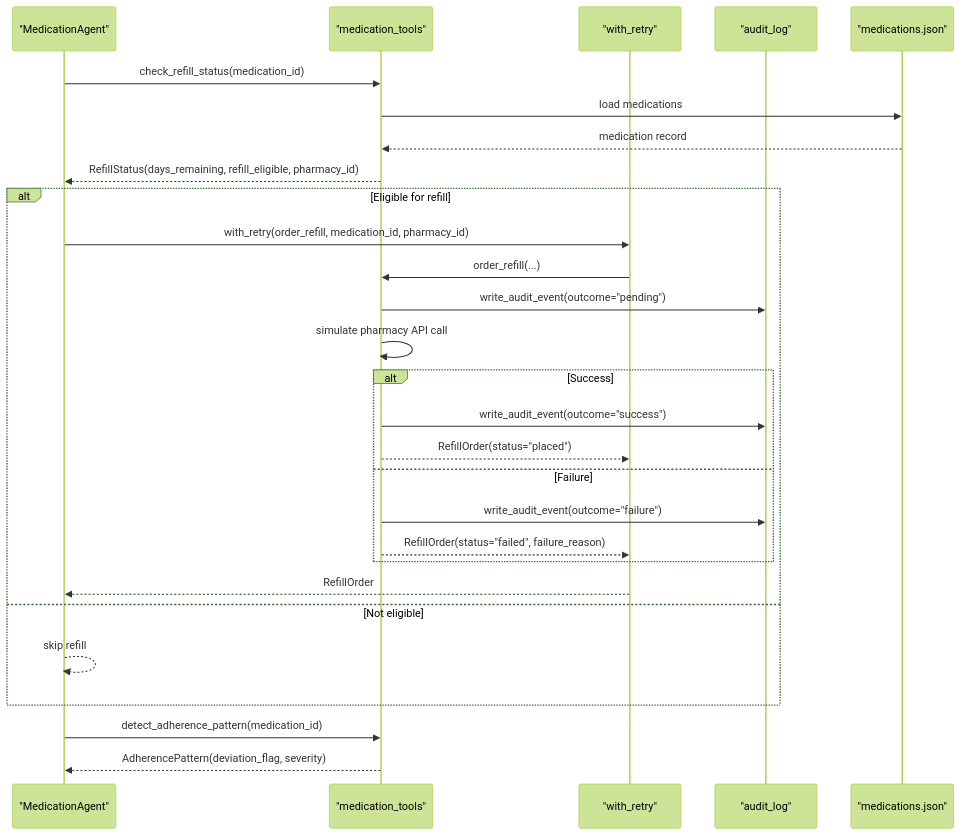
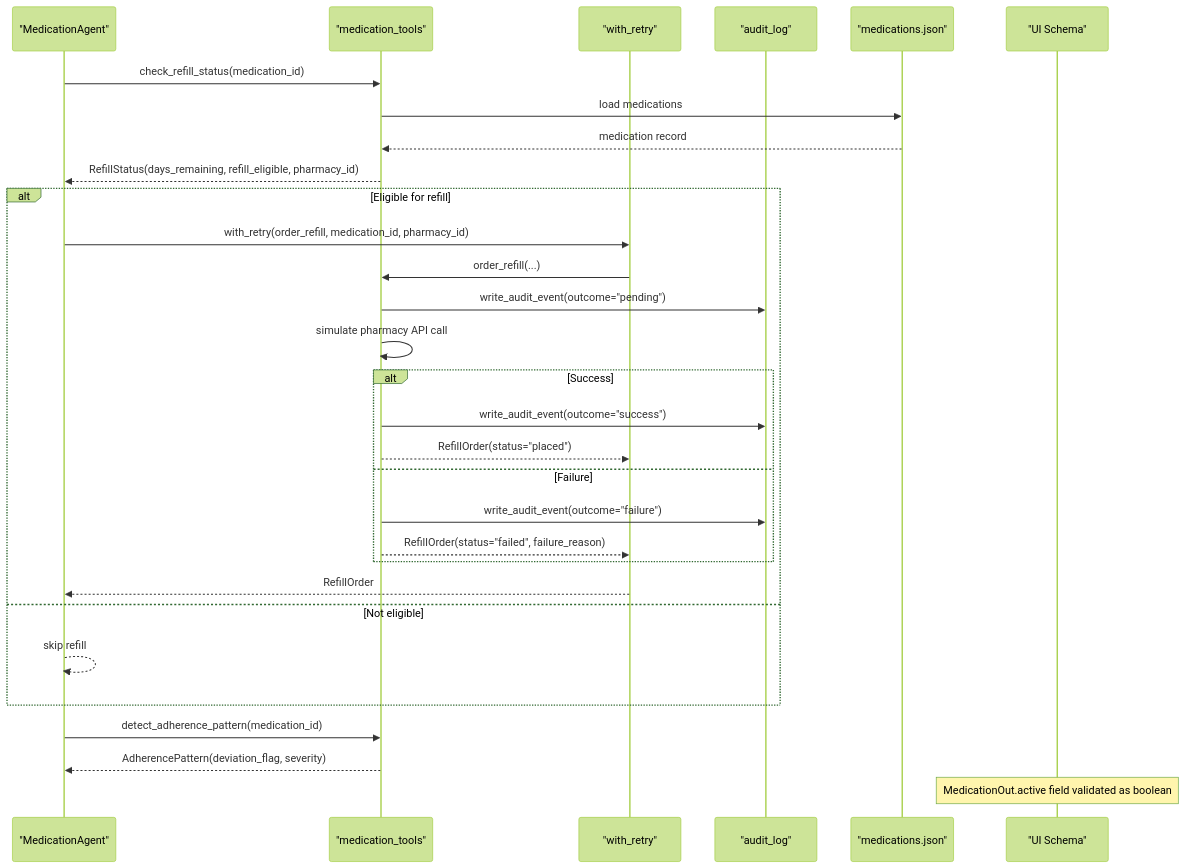
The second of 8 diagrams in .qoder/repowiki/en/content/External Integrations/Medication Tools.md (infamous-rebel/CareBridge), drawn with Mermaid (forest theme) before and after one commit. The commit also changed other lines of this file and 6 other files, not shown here.

````diff
--- a/.qoder/repowiki/en/content/External Integrations/Medication Tools.md
+++ b/.qoder/repowiki/en/content/External Integrations/Medication Tools.md
@@ -105,30 +129,32 @@
 ```mermaid
 sequenceDiagram
 participant Agent as "MedicationAgent"
 participant Tool as "medication_tools"
 participant Retry as "with_retry"
 participant Audit as "audit_log"
 participant Fixtures as "medications.json"
+participant Frontend as "UI Schema"
 Agent->>Tool : check_refill_status(medication_id)
 Tool->>Fixtures : load medications
 Fixtures-->>Tool : medication record
 Tool-->>Agent : RefillStatus(days_remaining, refill_eligible, pharmacy_id)
 alt Eligible for refill
 Agent->>Retry : with_retry(order_refill, medication_id, pharmacy_id)
 Retry->>Tool : order_refill(...)
 Tool->>Audit : write_audit_event(outcome="pending")
 Tool->>Tool : simulate pharmacy API call
 alt Success
 Tool->>Audit : write_audit_event(outcome="success")
 Tool-->>Retry : RefillOrder(status="placed")
 else Failure
 Tool->>Audit : write_audit_event(outcome="failure")
 Tool-->>Retry : RefillOrder(status="failed", failure_reason)
 end
 Retry-->>Agent : RefillOrder
 else Not eligible
 Agent-->>Agent : skip refill
 end
 Agent->>Tool : detect_adherence_pattern(medication_id)
 Tool-->>Agent : AdherencePattern(deviation_flag, severity)
+Note over Frontend : MedicationOut.active field validated as boolean
 ```
````
